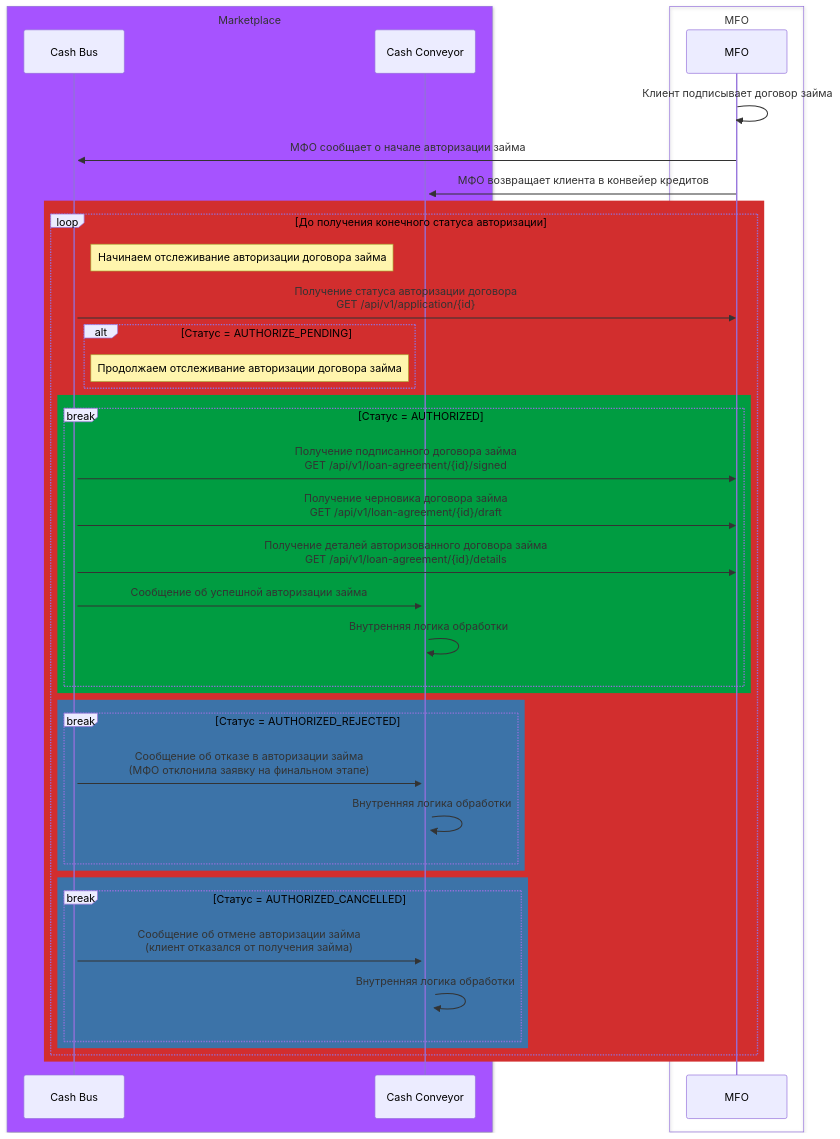
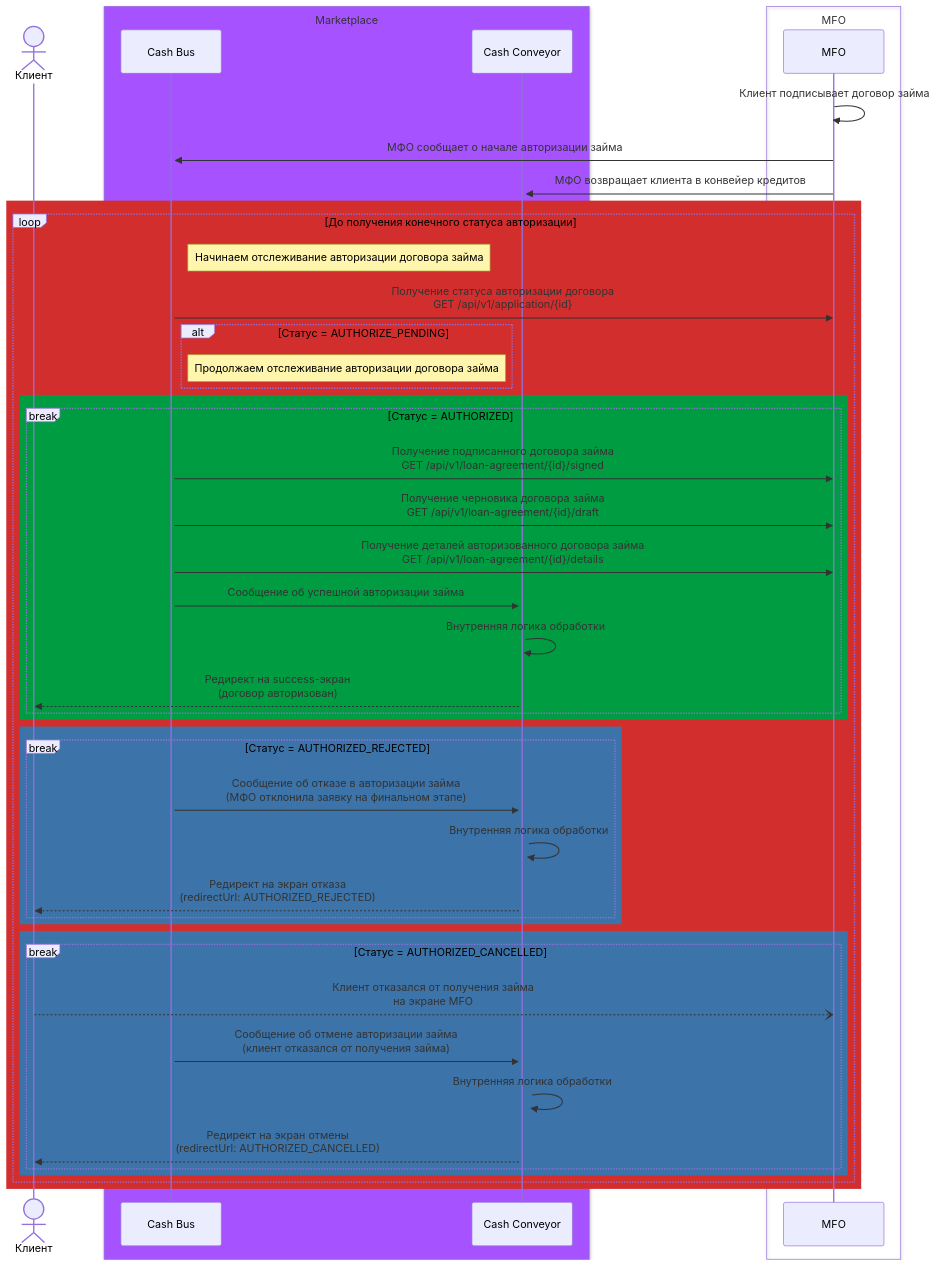
One commit to VantaFinance/cash changed the fourth of 4 diagrams in mfo/mfo.md. Above: the diagram before and after it, drawn with Mermaid. The commit also changed other lines of this file and 3 other files, not shown here.

````diff
--- a/mfo/mfo.md
+++ b/mfo/mfo.md
@@ -86,54 +156,60 @@
 ```mermaid
 sequenceDiagram
+
+actor Client as Клиент
 
 box rgb(166,83,266) Marketplace
     participant Cash Bus
     participant Cash Conveyor
 end
 
 box MFO
     participant MFO
 end
 
 MFO ->> MFO : Клиент подписывает договор займа
 MFO ->>+ Cash Bus : МФО сообщает о начале авторизации займа
 MFO ->>+ Cash Conveyor : МФО возвращает клиента в конвейер кредитов
 
 rect rgb(210,46,46)
     loop До получения конечного статуса авторизации
         Note right of Cash Bus: Начинаем отслеживание авторизации договора займа
 
         Cash Bus ->> MFO: Получение статуса авторизации договора<br/>GET /api/v1/application/{id}
 
         alt Статус = AUTHORIZE_PENDING
             Note right of Cash Bus: Продолжаем отслеживание авторизации договора займа
         end
 
         rect rgb(0,156,65)
             break Статус = AUTHORIZED
                 Cash Bus->>MFO: Получение подписанного договора займа<br/>GET /api/v1/loan-agreement/{id}/signed
                 Cash Bus->>MFO: Получение черновика договора займа<br/>GET /api/v1/loan-agreement/{id}/draft
                 Cash Bus->>MFO: Получение деталей авторизованного договора займа<br/>GET /api/v1/loan-agreement/{id}/details
 
                 Cash Bus->>Cash Conveyor: Сообщение об успешной авторизации займа
                 Cash Conveyor->>+Cash Conveyor: Внутренняя логика обработки
+                Cash Conveyor-->>Client: Редирект на success-экран<br/>(договор авторизован)
             end
         end
 
         rect rgb(60,115,168)
             break Статус = AUTHORIZED_REJECTED
                 Cash Bus->>Cash Conveyor: Сообщение об отказе в авторизации займа<br/>(МФО отклонила заявку на финальном этапе)
                 Cash Conveyor->>+Cash Conveyor: Внутренняя логика обработки
+                Cash Conveyor-->>Client: Редирект на экран отказа<br/>(redirectUrl: AUTHORIZED_REJECTED)
             end
         end
 
         rect rgb(60,115,168)
             break Статус = AUTHORIZED_CANCELLED
+                Client--)MFO: Клиент отказался от получения займа<br/>на экране MFO
                 Cash Bus->>Cash Conveyor: Сообщение об отмене авторизации займа<br/>(клиент отказался от получения займа)
                 Cash Conveyor->>+Cash Conveyor: Внутренняя логика обработки
+                Cash Conveyor-->>Client: Редирект на экран отмены<br/>(redirectUrl: AUTHORIZED_CANCELLED)
             end
         end
 
     end
 end
 ```
````
